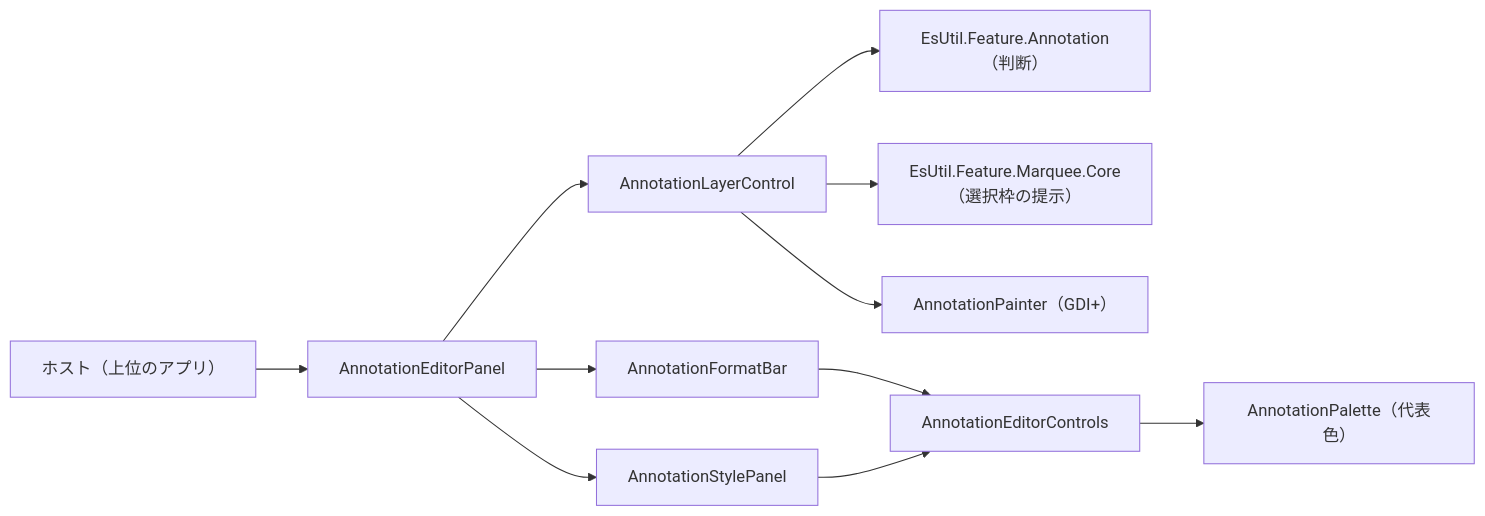
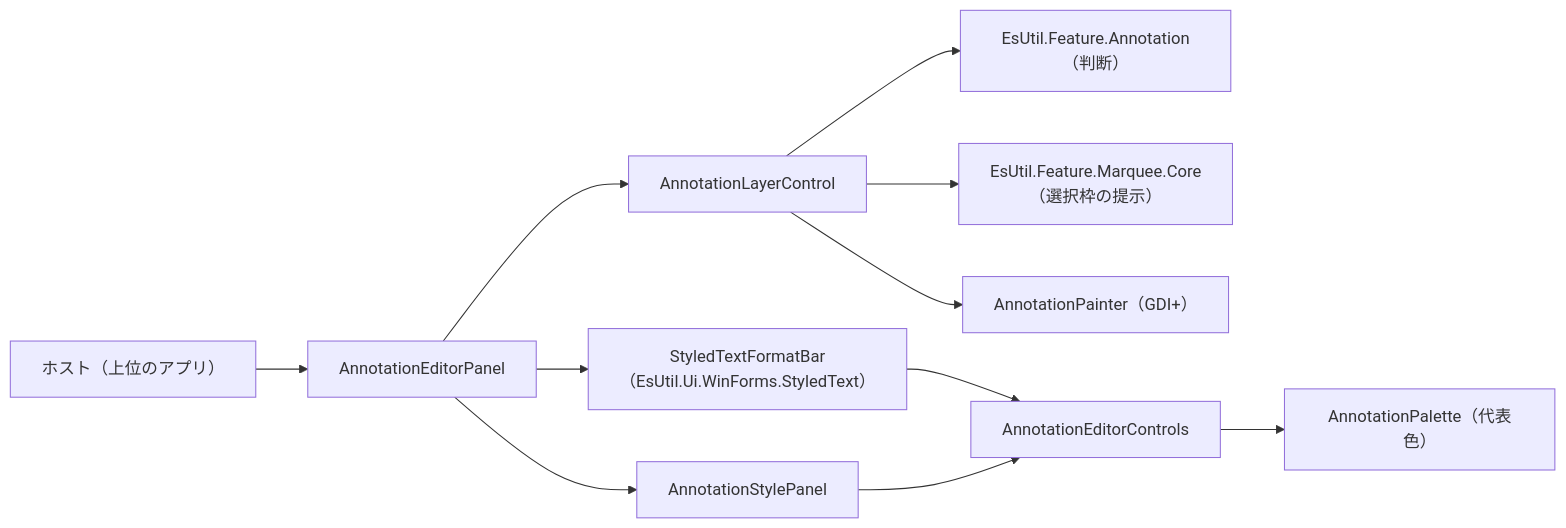
Before and after one commit to tomokuni/EsUtil: the diagram in EsUtil.Ui.WinForms/Annotation/docs/SPEC_System.md, drawn with Mermaid. The commit also changed other lines of this file and 71 other files, not shown here.

````diff
--- a/EsUtil.Ui.WinForms/Annotation/docs/SPEC_System.md
+++ b/EsUtil.Ui.WinForms/Annotation/docs/SPEC_System.md
@@ -36,13 +36,13 @@
 ```mermaid
 flowchart LR
     Host["ホスト（上位のアプリ）"] --> Editor["AnnotationEditorPanel"]
     Editor --> Layer["AnnotationLayerControl"]
-    Editor --> Bar["AnnotationFormatBar"]
+    Editor --> Bar["StyledTextFormatBar（EsUtil.Ui.WinForms.StyledText）"]
     Editor --> Panel["AnnotationStylePanel"]
     Layer --> Core["EsUtil.Feature.Annotation（判断）"]
     Layer --> Marquee["EsUtil.Feature.Marquee.Core（選択枠の提示）"]
     Layer --> Painter["AnnotationPainter（GDI+）"]
     Bar --> Controls["AnnotationEditorControls"]
     Panel --> Controls
     Controls --> Palette["AnnotationPalette（代表色）"]
 ```
````
